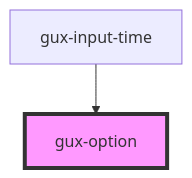
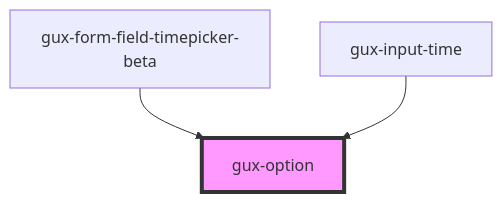
Before and after one commit to ouyuxuan/genesys-webcomponents: the diagram in src/components/stable/gux-dropdown/gux-option/readme.md, drawn with Mermaid. The commit also changed other lines of this file and 20 other files, not shown here.

Commit message:
feat(gux-form-field-timepicker): remove gux-input-time and move to form-field-v2

````diff
--- a/src/components/stable/gux-dropdown/gux-option/readme.md
+++ b/src/components/stable/gux-dropdown/gux-option/readme.md
@@ -38,5 +39,6 @@
 ```mermaid
 graph TD;
+  gux-form-field-timepicker-beta --> gux-option
   gux-input-time --> gux-option
   style gux-option fill:#f9f,stroke:#333,stroke-width:4px
 ```
````
